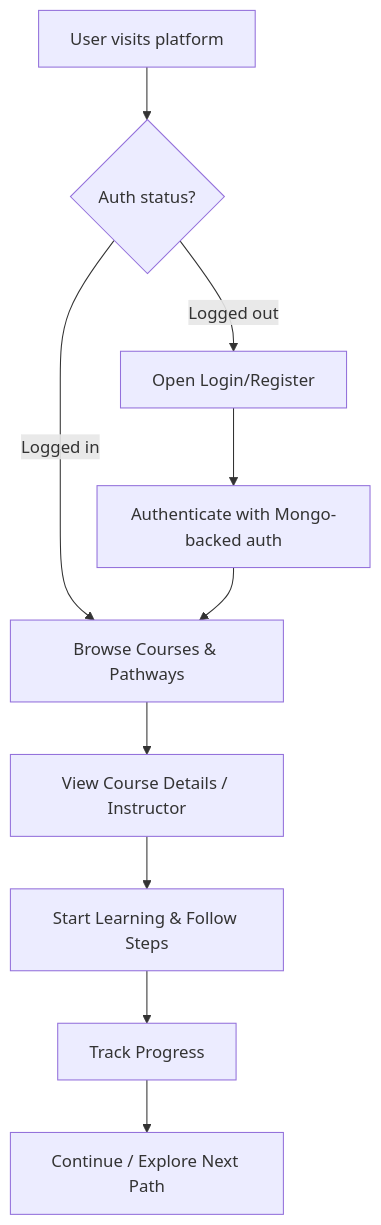
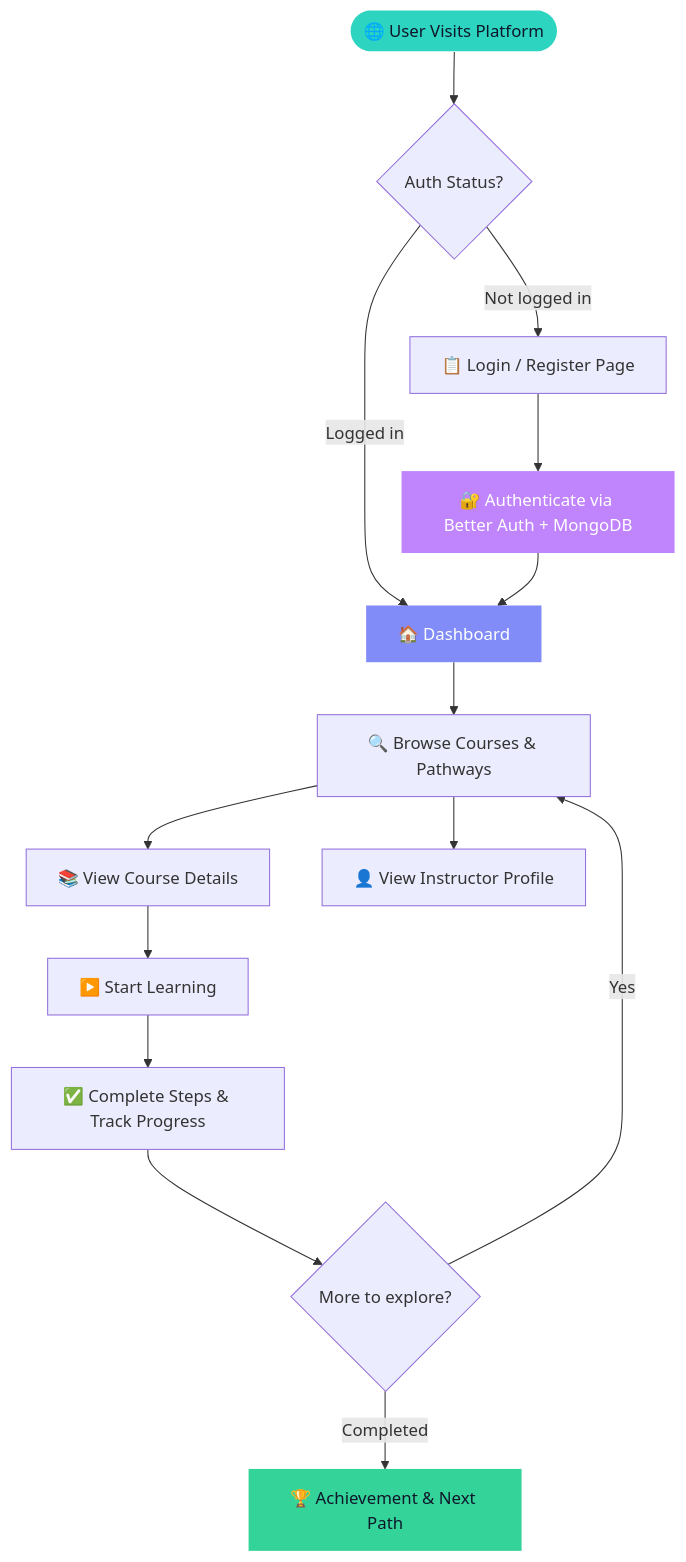
The diagram in README.md (wazed-md-abdul/SkillSphareOnlinePlatform), drawn with Mermaid before and after one commit. The commit also changed other lines of this file, not shown here.

````diff
--- a/README.md
+++ b/README.md
@@ -167,12 +211,26 @@
 ```mermaid
 flowchart TD
-  A[User visits platform] --> B{Auth status?}
-  B -->|Logged out| C[Open Login/Register]
-  B -->|Logged in| D[Browse Courses & Pathways]
-  C --> E[Authenticate with Mongo-backed auth]
+  A([🌐 User Visits Platform]) --> B{Auth Status?}
+
+  B -->|Not logged in| C[📋 Login / Register Page]
+  B -->|Logged in| D[🏠 Dashboard]
+
+  C --> E[🔐 Authenticate via Better Auth + MongoDB]
   E --> D
-  D --> F[View Course Details / Instructor]
-  F --> G[Start Learning & Follow Steps]
-  G --> H[Track Progress]
-  H --> I[Continue / Explore Next Path]
+
+  D --> F[🔍 Browse Courses & Pathways]
+  F --> G[📚 View Course Details]
+  F --> H[👤 View Instructor Profile]
+
+  G --> I[▶️ Start Learning]
+  I --> J[✅ Complete Steps & Track Progress]
+  J --> K{More to explore?}
+
+  K -->|Yes| F
+  K -->|Completed| L[🏆 Achievement & Next Path]
+
+  style A fill:#2DD4BF,color:#0F172A,stroke:none
+  style D fill:#818CF8,color:#fff,stroke:none
+  style L fill:#34D399,color:#0F172A,stroke:none
+  style E fill:#C084FC,color:#fff,stroke:none
 ```
````
